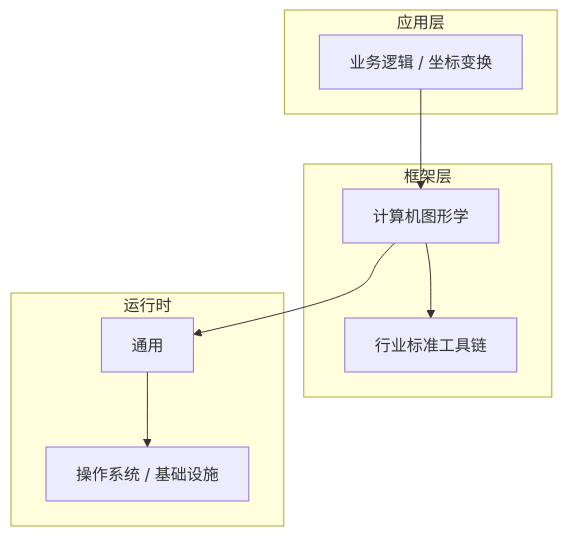
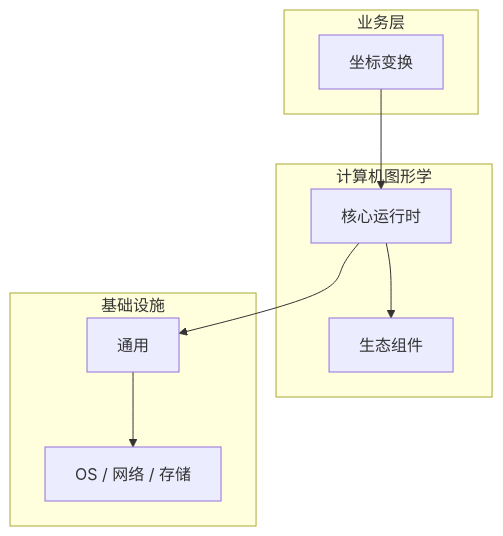
Before and after one commit to yanggan2015/knowledge-json-v2: the diagram in articles/计算机图形学/chapters/011-坐标变换核心概念与原理.md, drawn with Mermaid. The commit also changed other lines of this file and 10127 other files, not shown here.

````diff
--- a/articles/计算机图形学/chapters/011-坐标变换核心概念与原理.md
+++ b/articles/计算机图形学/chapters/011-坐标变换核心概念与原理.md
@@ -45,18 +30,18 @@
 ```mermaid
 graph TB
-    subgraph 应用层
-        A[业务逻辑 / 坐标变换]
+    subgraph 业务层
+        A[坐标变换]
     end
-    subgraph 框架层
-        B[计算机图形学]
-        C[行业标准工具链]
+    subgraph 计算机图形学
+        B[核心运行时]
+        C[生态组件]
     end
-    subgraph 运行时
+    subgraph 基础设施
         D[通用]
-        E[操作系统 / 基础设施]
+        E[OS / 网络 / 存储]
     end
     A --> B
     B --> C
     B --> D
     D --> E
 ```
````
